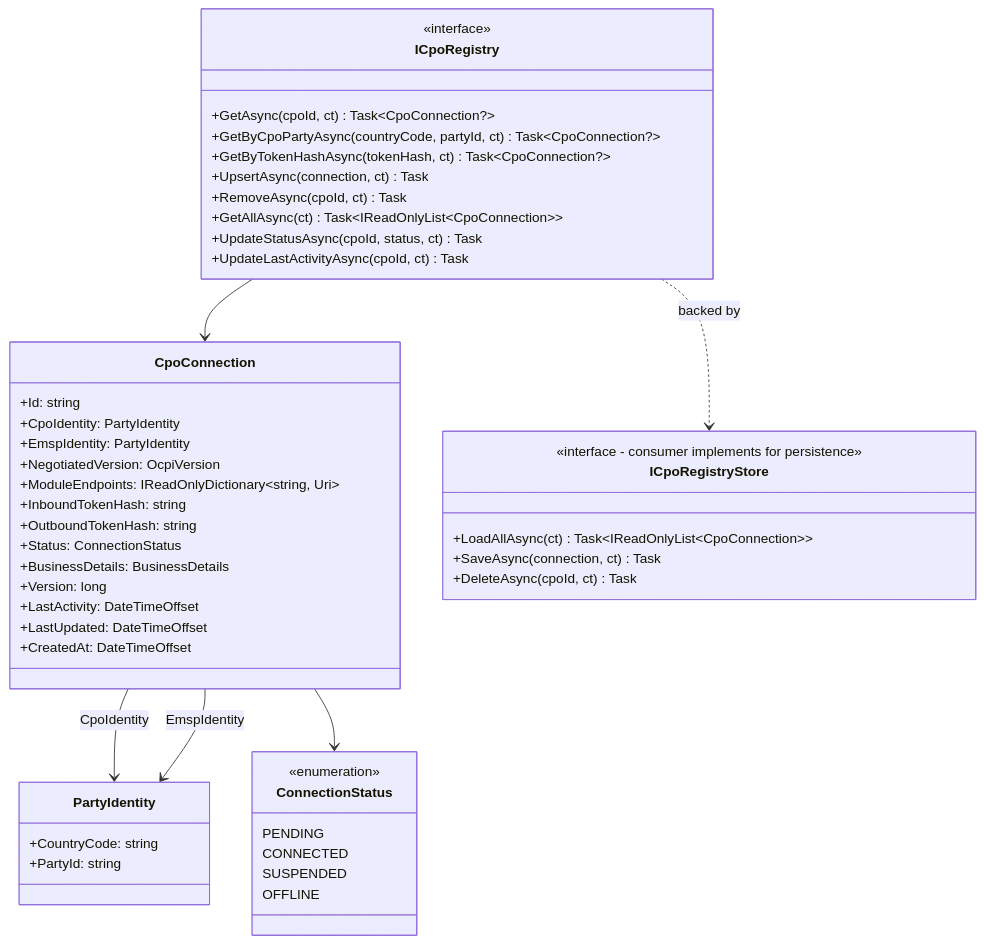
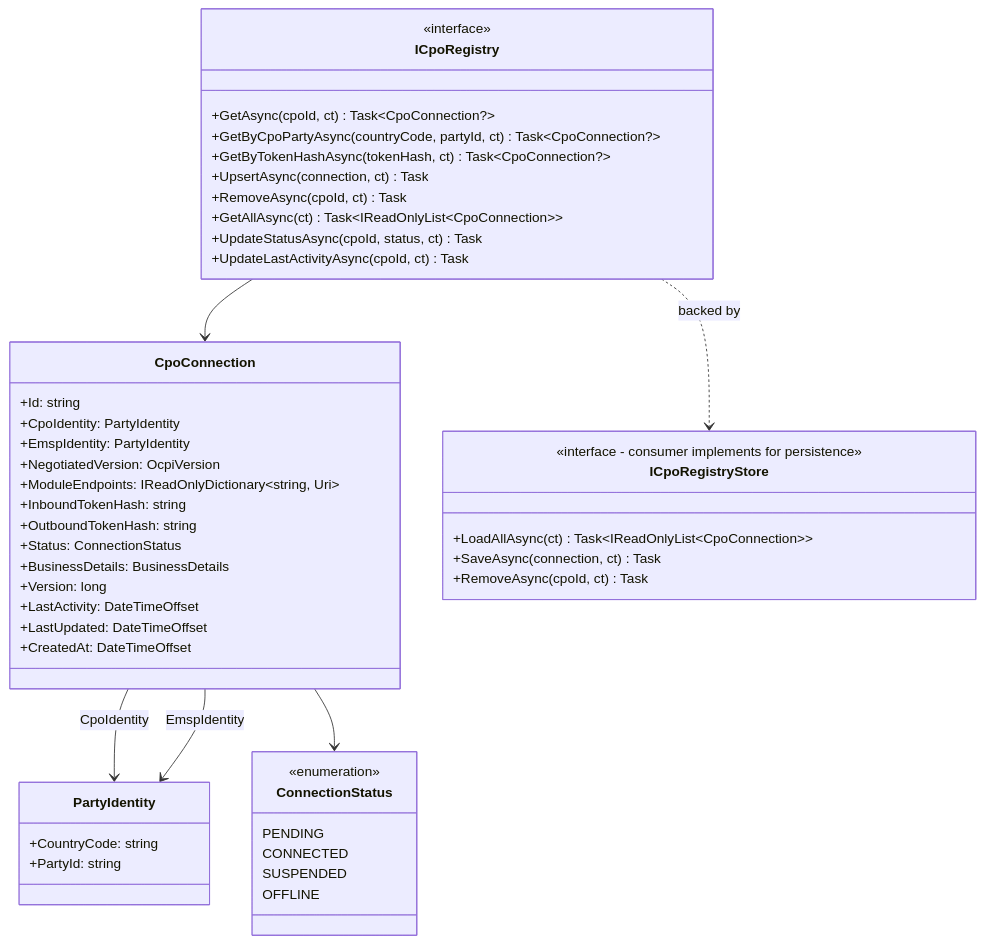
Diagram 24 of 34 in docs/architecture.md (hannan-m/DotOcpi), drawn with Mermaid before and after one commit. The commit also changed other lines of this file and 19 other files, not shown here.

````diff
--- a/docs/architecture.md
+++ b/docs/architecture.md
@@ -914,56 +906,56 @@
 ```mermaid
 classDiagram
     class ICpoRegistry {
         <<interface>>
         +GetAsync(cpoId, ct) Task~CpoConnection?~
         +GetByCpoPartyAsync(countryCode, partyId, ct) Task~CpoConnection?~
         +GetByTokenHashAsync(tokenHash, ct) Task~CpoConnection?~
         +UpsertAsync(connection, ct) Task
         +RemoveAsync(cpoId, ct) Task
         +GetAllAsync(ct) Task~IReadOnlyList~CpoConnection~~
         +UpdateStatusAsync(cpoId, status, ct) Task
         +UpdateLastActivityAsync(cpoId, ct) Task
     }
 
     class CpoConnection {
         +Id: string
         +CpoIdentity: PartyIdentity
         +EmspIdentity: PartyIdentity
         +NegotiatedVersion: OcpiVersion
         +ModuleEndpoints: IReadOnlyDictionary~string, Uri~
         +InboundTokenHash: string
         +OutboundTokenHash: string
         +Status: ConnectionStatus
         +BusinessDetails: BusinessDetails
         +Version: long
         +LastActivity: DateTimeOffset
         +LastUpdated: DateTimeOffset
         +CreatedAt: DateTimeOffset
     }
 
     class PartyIdentity {
         +CountryCode: string
         +PartyId: string
     }
 
     class ConnectionStatus {
         <<enumeration>>
         PENDING
         CONNECTED
         SUSPENDED
         OFFLINE
     }
 
     class ICpoRegistryStore {
         <<interface - consumer implements for persistence>>
         +LoadAllAsync(ct) Task~IReadOnlyList~CpoConnection~~
         +SaveAsync(connection, ct) Task
-        +DeleteAsync(cpoId, ct) Task
+        +RemoveAsync(cpoId, ct) Task
     }
 
     ICpoRegistry --> CpoConnection
     CpoConnection --> PartyIdentity : CpoIdentity
     CpoConnection --> PartyIdentity : EmspIdentity
     CpoConnection --> ConnectionStatus
     ICpoRegistry ..> ICpoRegistryStore : backed by
 ```
````
